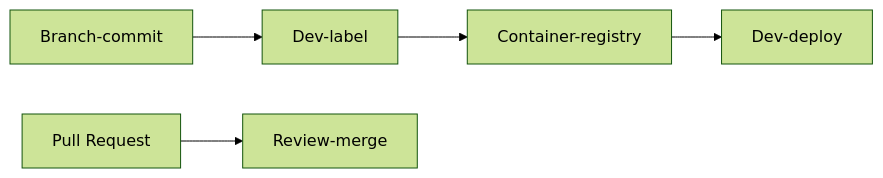
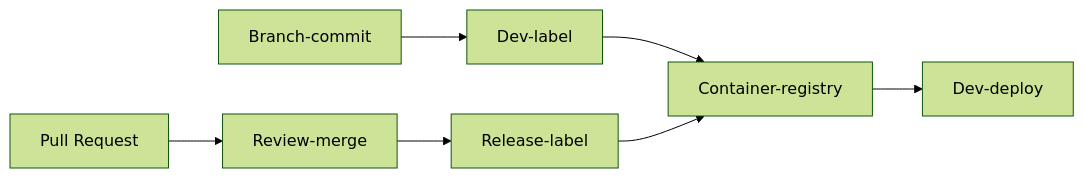
One commit to ncmsops/dev-manual changed the first of 2 diagrams in commit-to-cust-flow.md. Above: the diagram before and after it, drawn with Mermaid (forest theme). The commit also changed other lines of this file and 1 other file, not shown here.

````diff
--- a/commit-to-cust-flow.md
+++ b/commit-to-cust-flow.md
@@ -16,7 +12,9 @@
 ```mermaid
   graph LR;
       Branch-commit-->Dev-label;
       Dev-label-->Container-registry;
       Container-registry-->Dev-deploy;
       PR[Pull Request]-->Review-merge;
+      Review-merge-->Release-label;
+      Release-label-->Container-registry;
 ```
````
